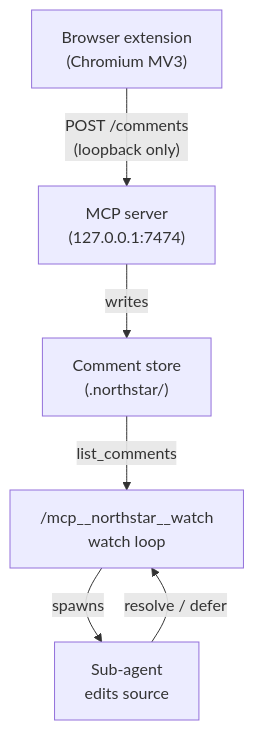
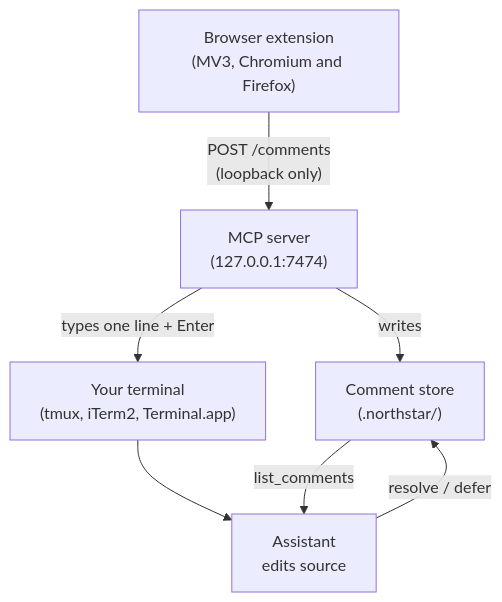
Before and after one commit to pallandir/claude-comments: the diagram in README.md, drawn with Mermaid. The commit also changed other lines of this file and 16 other files, not shown here.

First line of the commit message:
docs: rewrite for the terminal handoff and Firefox support

````diff
--- a/README.md
+++ b/README.md
@@ -149,14 +153,15 @@
 ```mermaid
 flowchart TD
-    A["Browser extension\n(Chromium MV3)"]
+    A["Browser extension\n(MV3, Chromium and Firefox)"]
     B["MCP server\n(127.0.0.1:7474)"]
     C["Comment store\n(.northstar/)"]
-    D["/mcp__northstar__watch\nwatch loop"]
-    E["Sub-agent\nedits source"]
+    D["Your terminal\n(tmux, iTerm2, Terminal.app)"]
+    E["Assistant\nedits source"]
 
     A -- "POST /comments\n(loopback only)" --> B
     B -- "writes" --> C
-    C -- "list_comments" --> D
-    D -- "spawns" --> E
-    E -- "resolve / defer" --> D
+    B -- "types one line + Enter" --> D
+    D --> E
+    C -- "list_comments" --> E
+    E -- "resolve / defer" --> C
 ```
````
